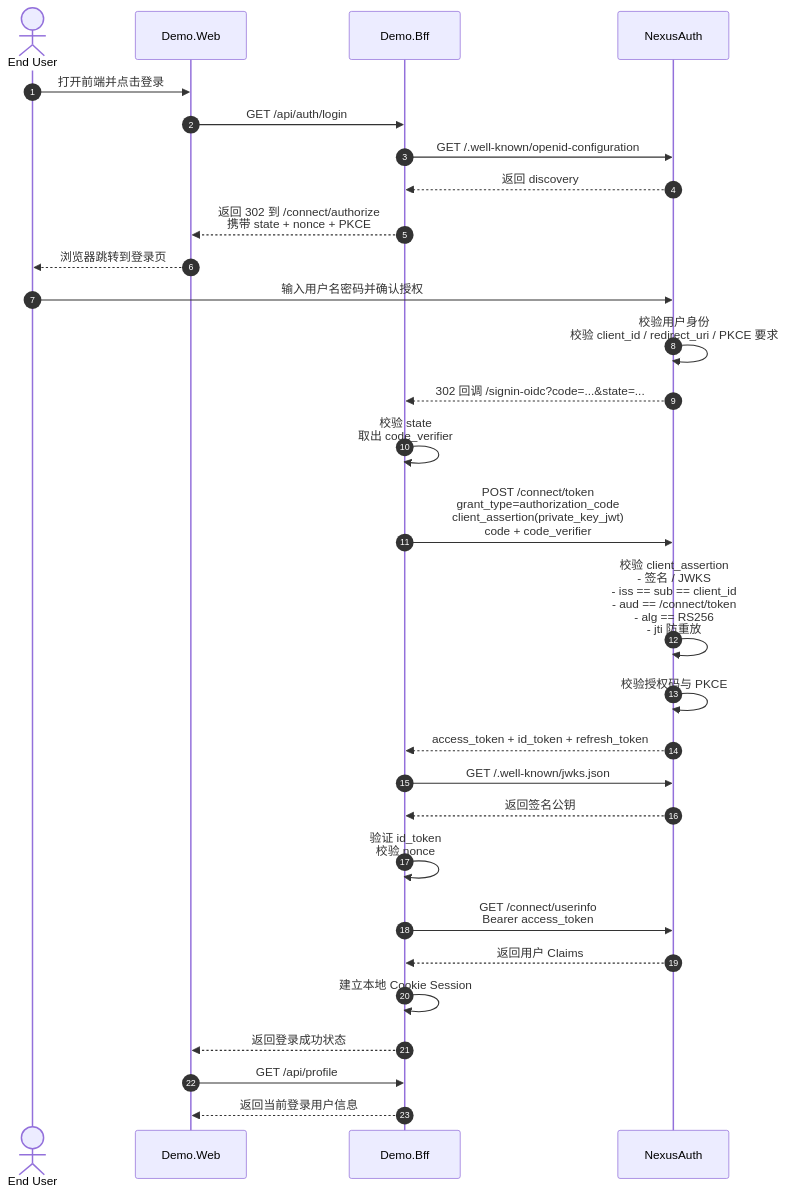
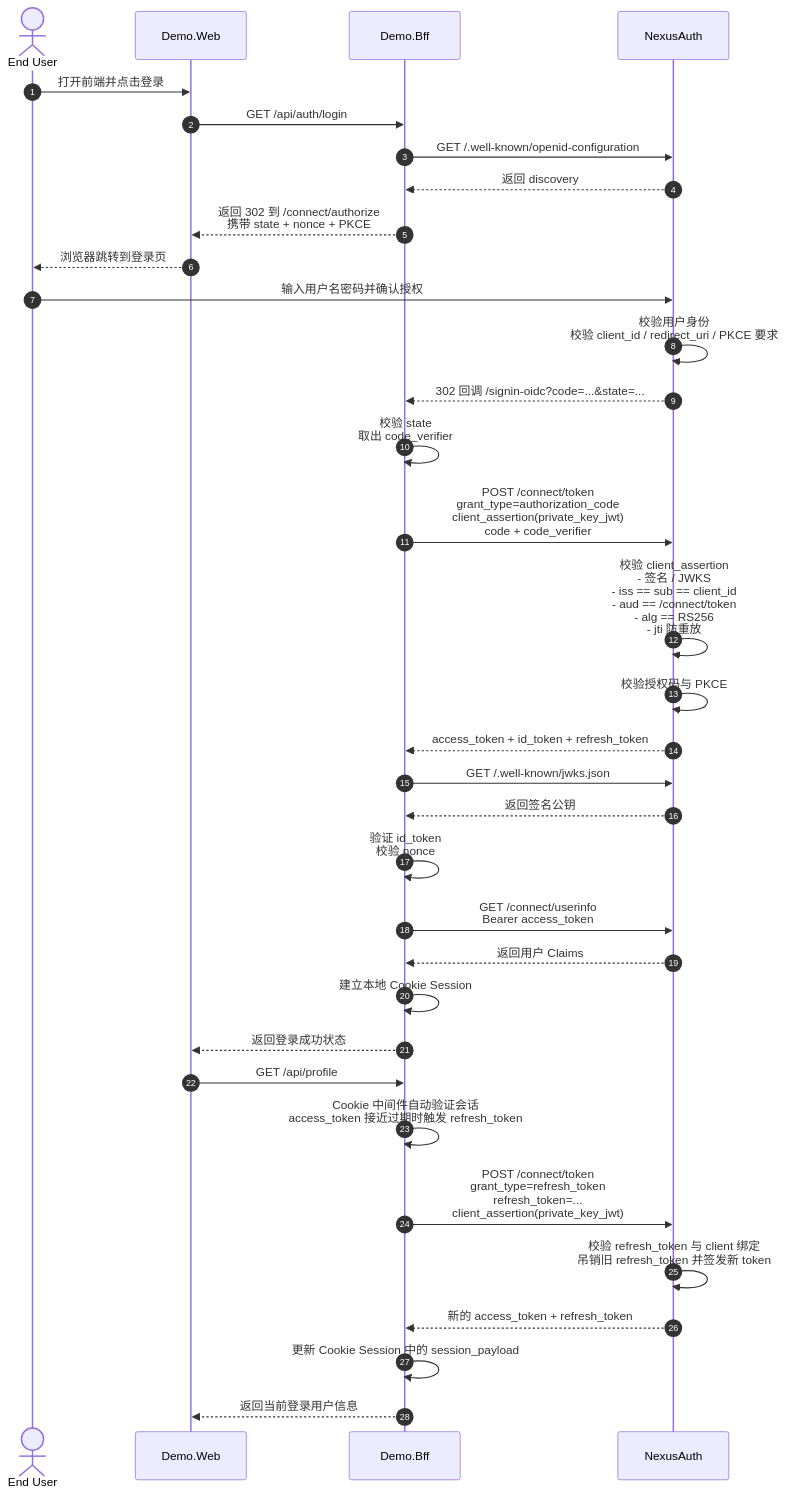
Before and after one commit to KawhiWei/NexusAuth: the diagram in auth-sequence-authorization-code.mmd, drawn with Mermaid. The commit also changed 13 other files, not shown here.

```diff
--- a/auth-sequence-authorization-code.mmd
+++ b/auth-sequence-authorization-code.mmd
@@ -1,33 +1,38 @@
 sequenceDiagram
     autonumber
     actor User as End User
     participant Web as Demo.Web
     participant BFF as Demo.Bff
     participant Auth as NexusAuth
 
     User->>Web: 打开前端并点击登录
     Web->>BFF: GET /api/auth/login
     BFF->>Auth: GET /.well-known/openid-configuration
     Auth-->>BFF: 返回 discovery
     BFF-->>Web: 返回 302 到 /connect/authorize<br/>携带 state + nonce + PKCE
     Web-->>User: 浏览器跳转到登录页
 
     User->>Auth: 输入用户名密码并确认授权
     Auth->>Auth: 校验用户身份<br/>校验 client_id / redirect_uri / PKCE 要求
     Auth-->>BFF: 302 回调 /signin-oidc?code=...&state=...
 
     BFF->>BFF: 校验 state<br/>取出 code_verifier
     BFF->>Auth: POST /connect/token<br/>grant_type=authorization_code<br/>client_assertion(private_key_jwt)<br/>code + code_verifier
     Auth->>Auth: 校验 client_assertion<br/>- 签名 / JWKS<br/>- iss == sub == client_id<br/>- aud == /connect/token<br/>- alg == RS256<br/>- jti 防重放
     Auth->>Auth: 校验授权码与 PKCE
     Auth-->>BFF: access_token + id_token + refresh_token
 
     BFF->>Auth: GET /.well-known/jwks.json
     Auth-->>BFF: 返回签名公钥
     BFF->>BFF: 验证 id_token<br/>校验 nonce
     BFF->>Auth: GET /connect/userinfo<br/>Bearer access_token
     Auth-->>BFF: 返回用户 Claims
     BFF->>BFF: 建立本地 Cookie Session
     BFF-->>Web: 返回登录成功状态
     Web->>BFF: GET /api/profile
+    BFF->>BFF: Cookie 中间件自动验证会话<br/>access_token 接近过期时触发 refresh_token
+    BFF->>Auth: POST /connect/token<br/>grant_type=refresh_token<br/>refresh_token=...<br/>client_assertion(private_key_jwt)
+    Auth->>Auth: 校验 refresh_token 与 client 绑定<br/>吊销旧 refresh_token 并签发新 token
+    Auth-->>BFF: 新的 access_token + refresh_token
+    BFF->>BFF: 更新 Cookie Session 中的 session_payload
     BFF-->>Web: 返回当前登录用户信息
```
